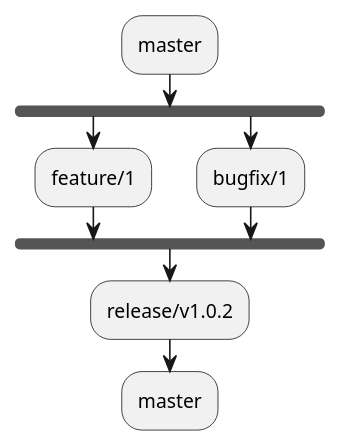
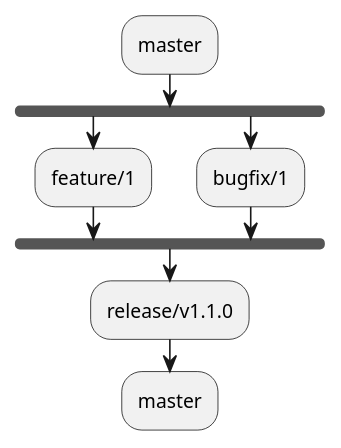
Before and after one commit to Funfunz/lumina-next: the fourth of 5 diagrams in docs/branch.md, drawn with PlantUML. The commit also changed other lines of this file and 1 other file, not shown here.

````diff
--- a/docs/branch.md
+++ b/docs/branch.md
@@ -67,12 +71,12 @@
 ```plantuml
 @startuml
 :master;
 fork
     :feature/1;
 fork again
     :bugfix/1;
 end fork
-:release/v1.0.2;
+:release/v1.1.0;
 :master;
 @enduml
 ```
````
